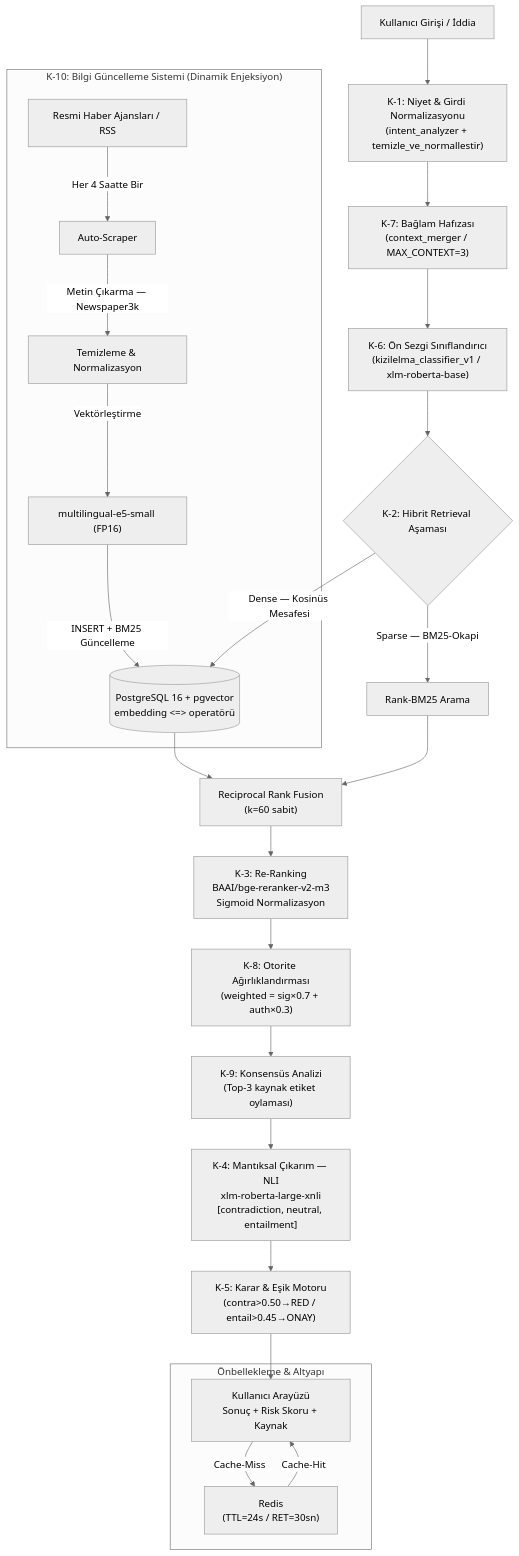
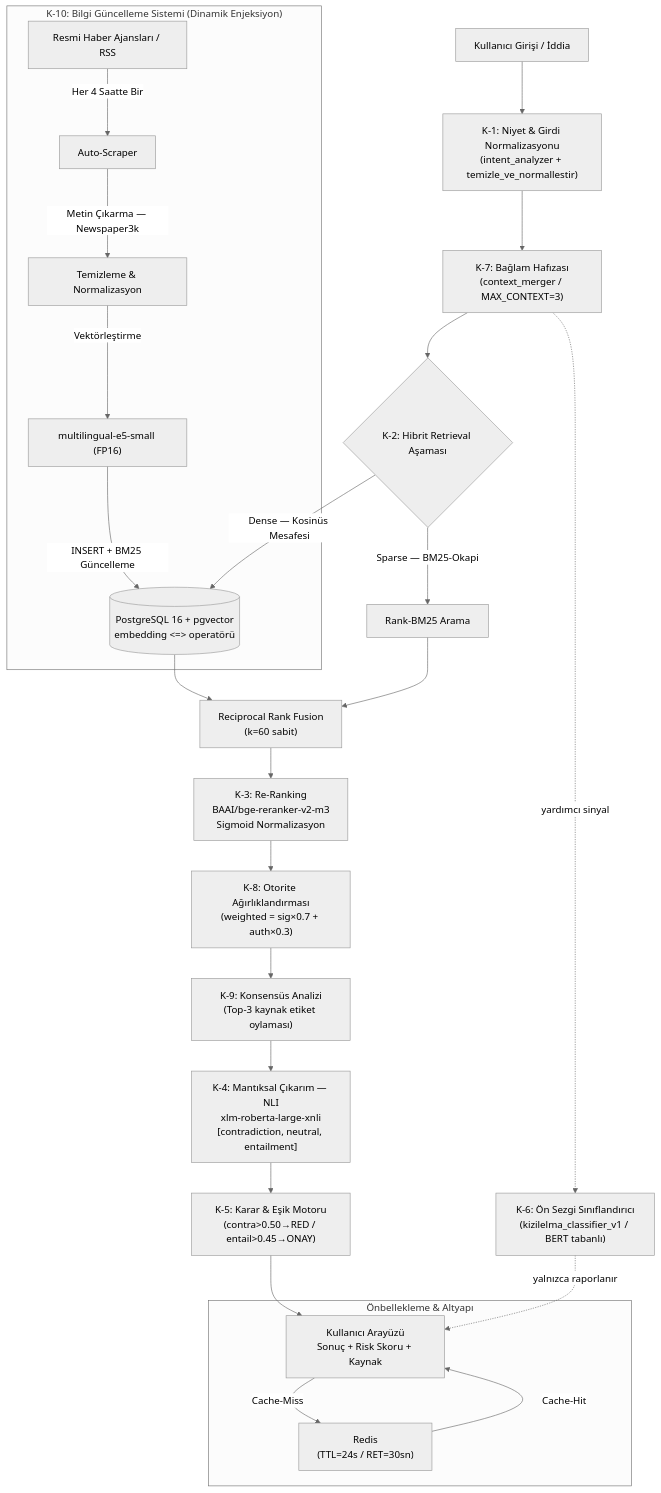
Before and after one commit to ETU-Digital-Design-Lab/bsc-2026-group-5-kizilelmai-news-verifier: the diagram in README.md, drawn with Mermaid (neutral theme). The commit also changed other lines of this file and 25 other files, not shown here.

````diff
--- a/README.md
+++ b/README.md
@@ -25,29 +25,30 @@
 ```mermaid
 graph TD
     A["Kullanıcı Girişi / İddia"] --> B["K-1: Niyet & Girdi Normalizasyonu\n(intent_analyzer + temizle_ve_normallestir)"]
     B --> B2["K-7: Bağlam Hafızası\n(context_merger / MAX_CONTEXT=3)"]
-    B2 --> B3["K-6: Ön Sezgi Sınıflandırıcı\n(kizilelma_classifier_v1 / xlm-roberta-base)"]
-    B3 --> C{"K-2: Hibrit Retrieval Aşaması"}
+    B2 --> C{"K-2: Hibrit Retrieval Aşaması"}
+    B2 -. "yardımcı sinyal" .-> B3["K-6: Ön Sezgi Sınıflandırıcı\n(kizilelma_classifier_v1 / BERT tabanlı)"]
     C -->|"Dense — Kosinüs Mesafesi"| D[("PostgreSQL 16 + pgvector\nembedding <=> operatörü")]
     C -->|"Sparse — BM25-Okapi"| E["Rank-BM25 Arama"]
     D --> F["Reciprocal Rank Fusion\n(k=60 sabit)"]
     E --> F
     F --> G["K-3: Re-Ranking\nBAAI/bge-reranker-v2-m3\nSigmoid Normalizasyon"]
     G --> G2["K-8: Otorite Ağırlıklandırması\n(weighted = sig×0.7 + auth×0.3)"]
     G2 --> G3["K-9: Konsensüs Analizi\n(Top-3 kaynak etiket oylaması)"]
     G3 --> H["K-4: Mantıksal Çıkarım — NLI\nxlm-roberta-large-xnli\n[contradiction, neutral, entailment]"]
     H --> I["K-5: Karar & Eşik Motoru\n(contra>0.50→RED / entail>0.45→ONAY)"]
     I --> J["Kullanıcı Arayüzü\nSonuç + Risk Skoru + Kaynak"]
+    B3 -. "yalnızca raporlanır" .-> J
 
     subgraph "K-10: Bilgi Güncelleme Sistemi (Dinamik Enjeksiyon)"
         K["Resmi Haber Ajansları / RSS"] -->|"Her 4 Saatte Bir"| L["Auto-Scraper"]
         L -->|"Metin Çıkarma — Newspaper3k"| M["Temizleme & Normalizasyon"]
         M -->|"Vektörleştirme"| N["multilingual-e5-small (FP16)"]
         N -->|"INSERT + BM25 Güncelleme"| D
     end
 
     subgraph "Önbellekleme & Altyapı"
         J -->|"Cache-Miss"| Redis["Redis\n(TTL=24s / RET=30sn)"]
         Redis -->|"Cache-Hit"| J
     end
 ```
````
